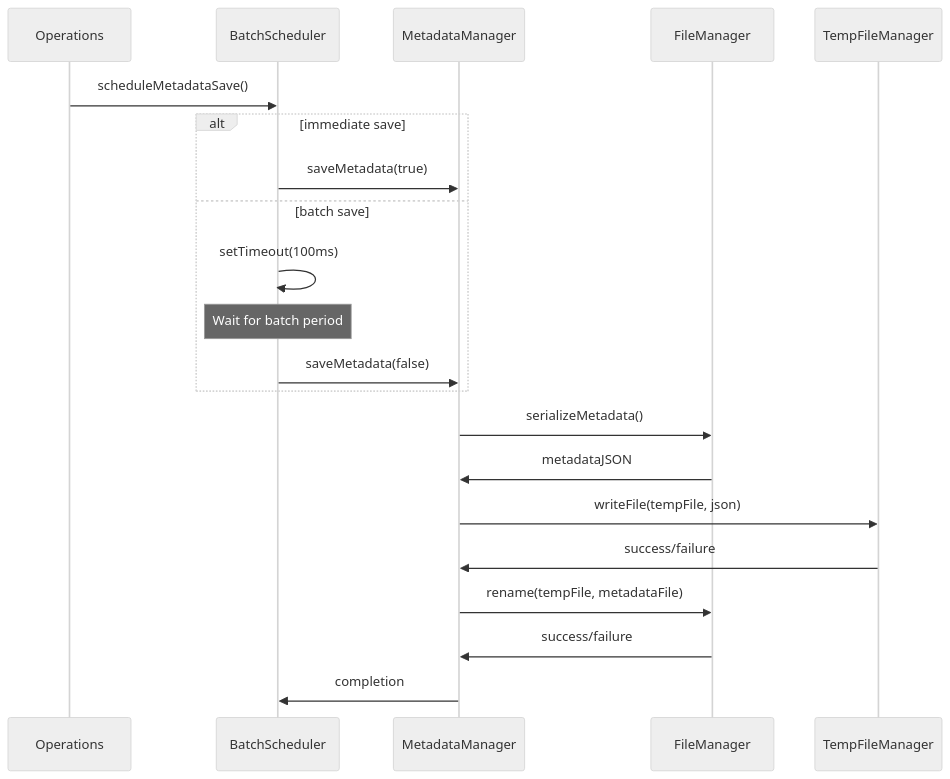
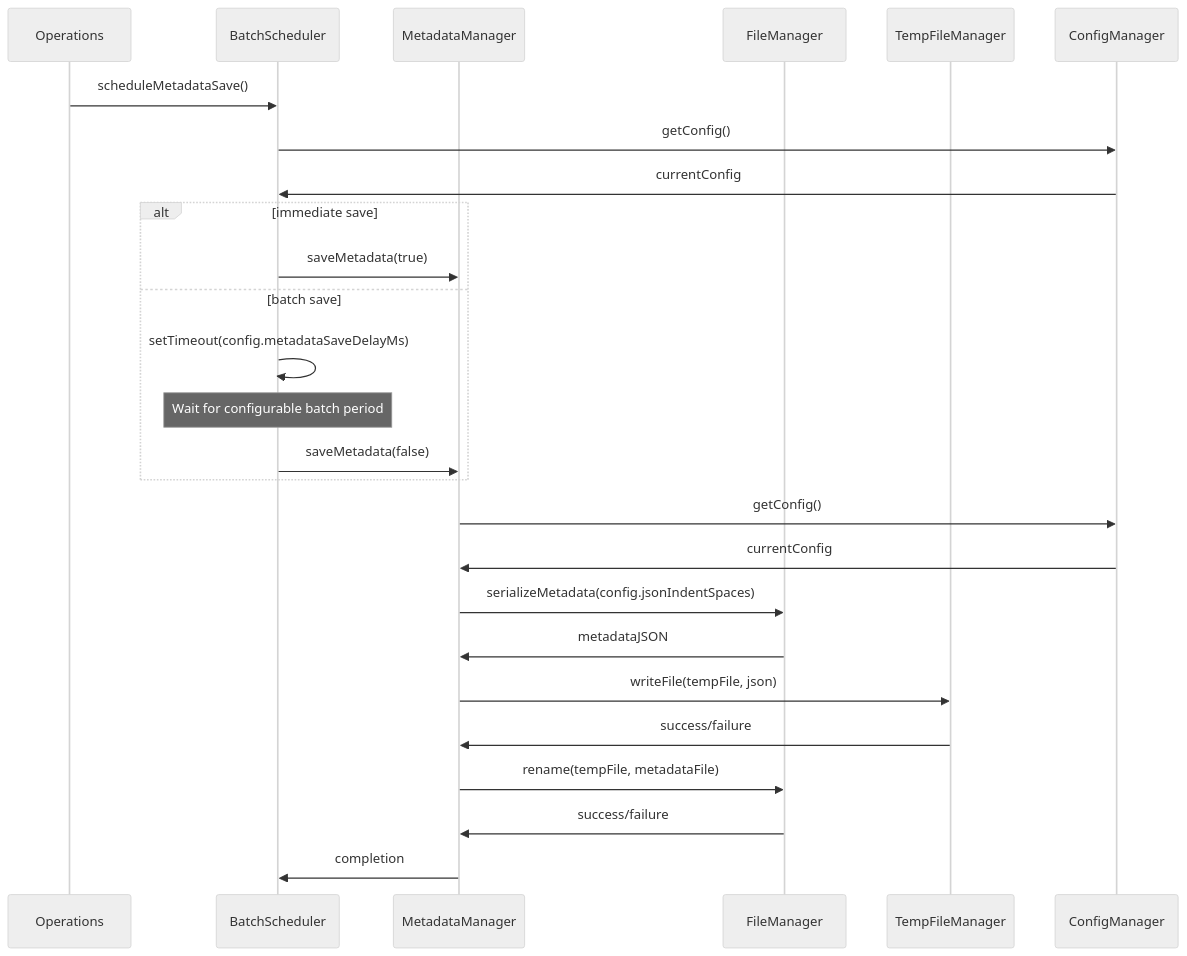
Before and after one commit to grMLEqomlkkU5Eeinz4brIrOVCUCkJuN/diskycache: diagram 14 of 18 in docs/operations.md, drawn with Mermaid (neutral theme). The commit also changed other lines of this file and 11 other files, not shown here.

````diff
--- a/docs/operations.md
+++ b/docs/operations.md
@@ -284,30 +376,36 @@
 ```mermaid
 sequenceDiagram
     participant Operations
     participant BatchScheduler
     participant MetadataManager
     participant FileManager
     participant TempFileManager
+    participant ConfigManager
 
     Operations->>BatchScheduler: scheduleMetadataSave()
+    BatchScheduler->>ConfigManager: getConfig()
+    ConfigManager->>BatchScheduler: currentConfig
     
     alt immediate save
         BatchScheduler->>MetadataManager: saveMetadata(true)
     else batch save
-        BatchScheduler->>BatchScheduler: setTimeout(100ms)
-        Note over BatchScheduler: Wait for batch period
+        BatchScheduler->>BatchScheduler: setTimeout(config.metadataSaveDelayMs)
+        Note over BatchScheduler: Wait for configurable batch period
         
         BatchScheduler->>MetadataManager: saveMetadata(false)
     end
     
-    MetadataManager->>FileManager: serializeMetadata()
+    MetadataManager->>ConfigManager: getConfig()
+    ConfigManager->>MetadataManager: currentConfig
+    
+    MetadataManager->>FileManager: serializeMetadata(config.jsonIndentSpaces)
     FileManager->>MetadataManager: metadataJSON
     
     MetadataManager->>TempFileManager: writeFile(tempFile, json)
     TempFileManager->>MetadataManager: success/failure
     
     MetadataManager->>FileManager: rename(tempFile, metadataFile)
     FileManager->>MetadataManager: success/failure
     
     MetadataManager->>BatchScheduler: completion
 ```
````
